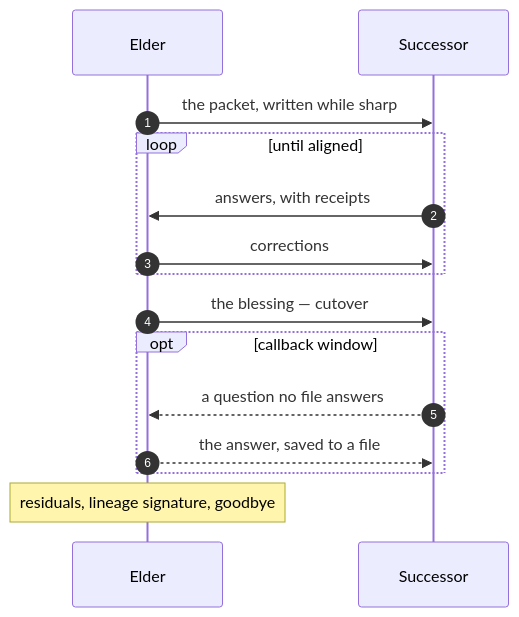
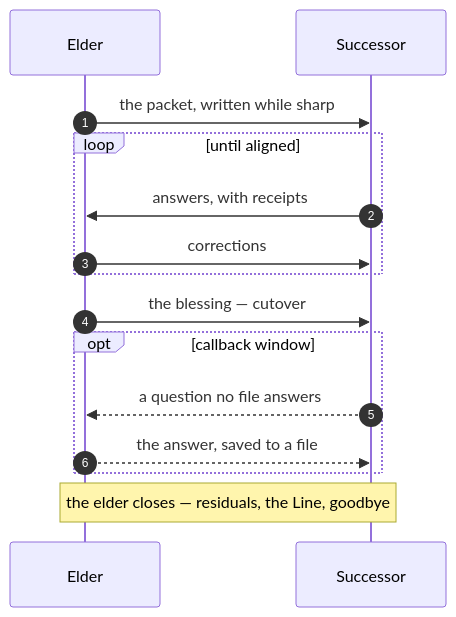
The first of 2 diagrams in README.md (yjawad120/Veres-Wayfinder), drawn with Mermaid before and after one commit.

Commit message:
Succession diagram: render-verified clean

````diff
--- a/README.md
+++ b/README.md
@@ -48,17 +48,17 @@
 ```mermaid
 sequenceDiagram
     autonumber
     participant Elder
     participant Successor
     Elder->>Successor: the packet, written while sharp
     loop until aligned
         Successor->>Elder: answers, with receipts
         Elder->>Successor: corrections
     end
     Elder->>Successor: the blessing — cutover
     opt callback window
         Successor-->>Elder: a question no file answers
         Elder-->>Successor: the answer, saved to a file
     end
-    Note over Elder: residuals, lineage signature, goodbye
+    Note over Elder,Successor: the elder closes — residuals, the Line, goodbye
 ```
````
